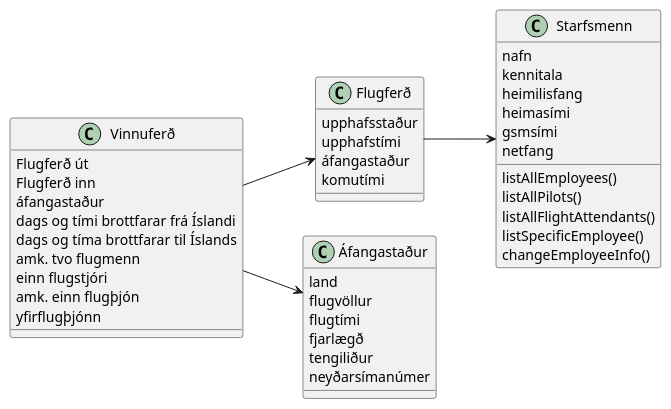
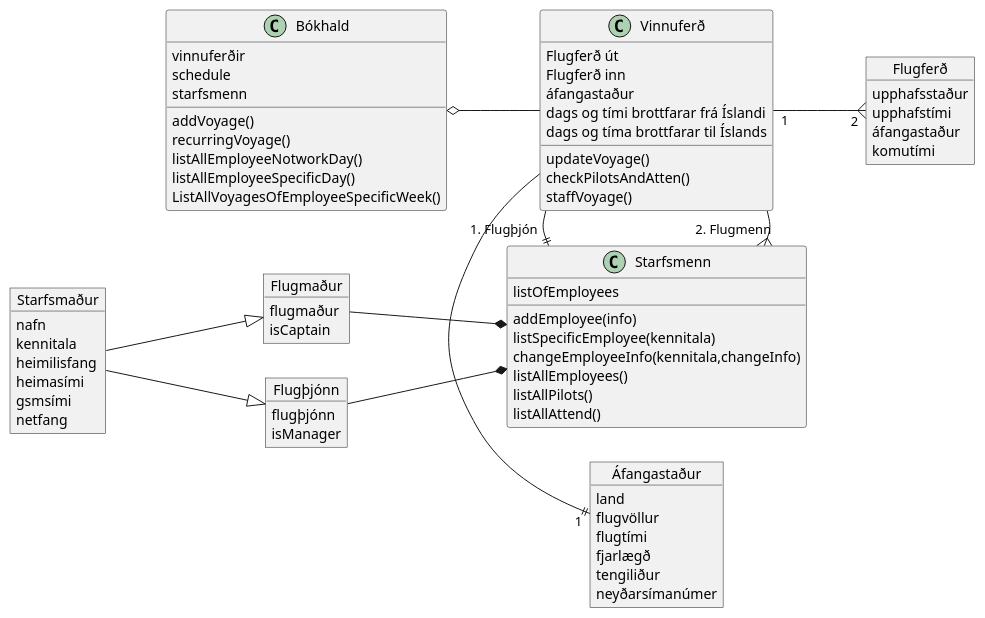
One commit to MyraMidnight/VLN1_h16 changed the diagram in plantuml.wsd. Above: the diagram before and after it, drawn with PlantUML.

Commit message:
90% done

```diff
--- a/plantuml.wsd
+++ b/plantuml.wsd
@@ -6,51 +6,83 @@
-@startuml
+@startuml Bókhald
 left to right direction
 
 class Vinnuferð {
   Flugferð út
   Flugferð inn
   áfangastaður
   dags og tími brottfarar frá Íslandi
   dags og tíma brottfarar til Íslands
-  amk. tvo flugmenn
-  einn flugstjóri
-  amk. einn flugþjón
-  yfirflugþjónn
+  updateVoyage()
+  checkPilotsAndAtten()
+  staffVoyage()
 }
 
-class Flugferð {
+object Flugferð {
   upphafsstaður
   upphafstími
   áfangastaður
   komutími
 }
 
 
 class Starfsmenn {
+  listOfEmployees
+  addEmployee(info)
+  listSpecificEmployee(kennitala)
+  changeEmployeeInfo(kennitala,changeInfo)
+  listAllEmployees()
+  listAllPilots()
+  listAllAttend()
+}
+
+object Starfsmaður {
   nafn
   kennitala
   heimilisfang
   heimasími
   gsmsími
   netfang
-  listAllEmployees()
-  listAllPilots()
-  listAllFlightAttendants()
-  listSpecificEmployee()
-  changeEmployeeInfo()
 }
 
 
-class Áfangastaður {
+object Áfangastaður {
   land
   flugvöllur
   flugtími
   fjarlægð
   tengiliður
   neyðarsímanúmer
 }
 
-Vinnuferð --> Flugferð
-Vinnuferð --> Áfangastaður
-Flugferð --> Starfsmenn
+
+class Bókhald {
+  vinnuferðir
+  schedule
+  starfsmenn
+  addVoyage()
+  recurringVoyage()
+  listAllEmployeeNotworkDay()
+  listAllEmployeeSpecificDay()
+  ListAllVoyagesOfEmployeeSpecificWeek()
+}
+
+object Flugmaður {
+  flugmaður
+  isCaptain
+}
+
+object Flugþjónn {
+  flugþjónn
+  isManager
+}
+
+Vinnuferð -|| "1" Áfangastaður
+Vinnuferð "1" --{ "2" Flugferð
+Bókhald o-- Vinnuferð
+Starfsmaður --|> Flugmaður
+Starfsmaður --|> Flugþjónn
+Flugmaður --* Starfsmenn
+Flugþjónn --* Starfsmenn
+Vinnuferð --{ "2. Flugmenn" Starfsmenn
+Vinnuferð -|| "1. Flugþjón" Starfsmenn
 @enduml
```
